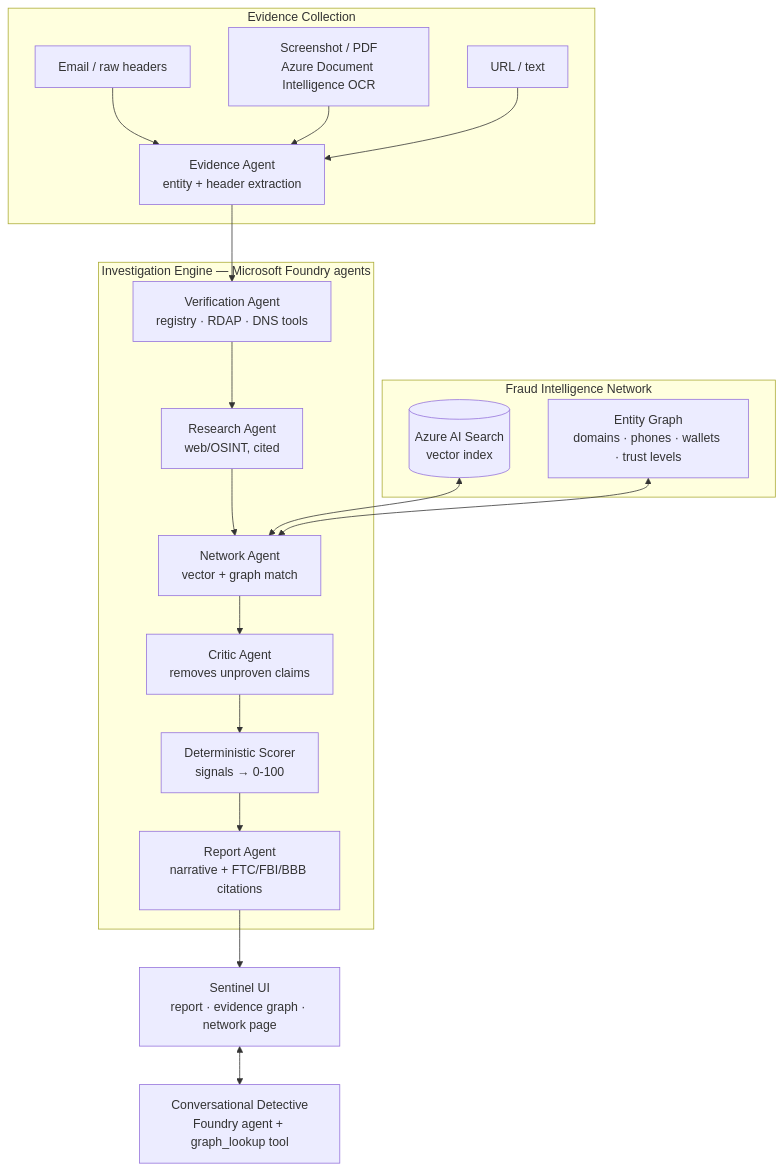
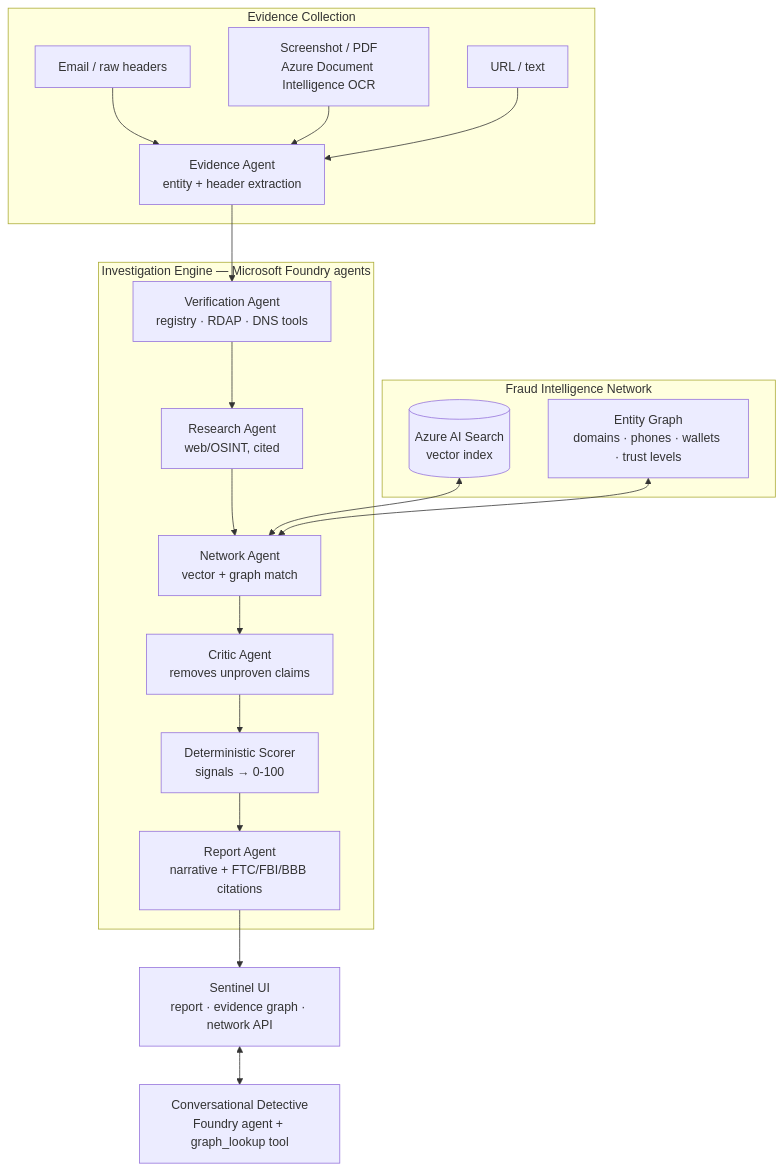
The diagram in .agents/skills/demo-script/SKILL.md (mrlucas679/verify-my-interview), drawn with Mermaid before and after one commit. The commit also changed other lines of this file and 448 other files, not shown here.

````diff
--- a/.agents/skills/demo-script/SKILL.md
+++ b/.agents/skills/demo-script/SKILL.md
@@ -42,23 +42,23 @@
 ```mermaid
 flowchart TB
   subgraph Intake["Evidence Collection"]
     A[Email / raw headers] --> P
     B[Screenshot / PDF<br/>Azure Document Intelligence OCR] --> P
     C[URL / text] --> P
   end
   P[Evidence Agent<br/>entity + header extraction]
   subgraph Engine["Investigation Engine — Microsoft Foundry agents"]
     P --> V[Verification Agent<br/>registry · RDAP · DNS tools]
     V --> R[Research Agent<br/>web/OSINT, cited]
     R --> N[Network Agent<br/>vector + graph match]
     N --> K[Critic Agent<br/>removes unproven claims]
     K --> S[Deterministic Scorer<br/>signals → 0-100]
     S --> W[Report Agent<br/>narrative + FTC/FBI/BBB citations]
   end
   subgraph Intel["Fraud Intelligence Network"]
     X[(Azure AI Search<br/>vector index)] <--> N
     G[Entity Graph<br/>domains · phones · wallets · trust levels] <--> N
   end
-  W --> UI[Sentinel UI<br/>report · evidence graph · network page]
+  W --> UI[Sentinel UI<br/>report · evidence graph · network API]
   UI <--> D[Conversational Detective<br/>Foundry agent + graph_lookup tool]
 ```
````
